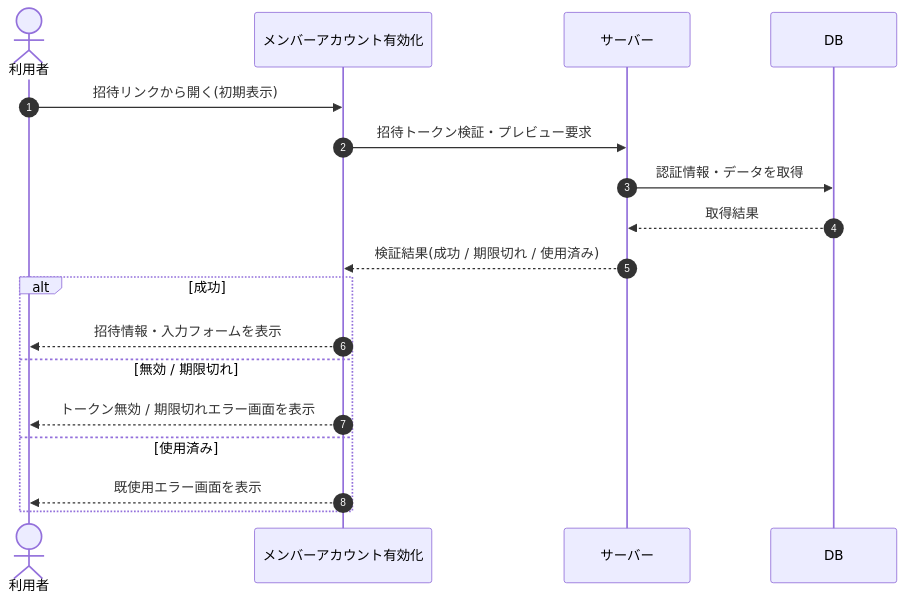
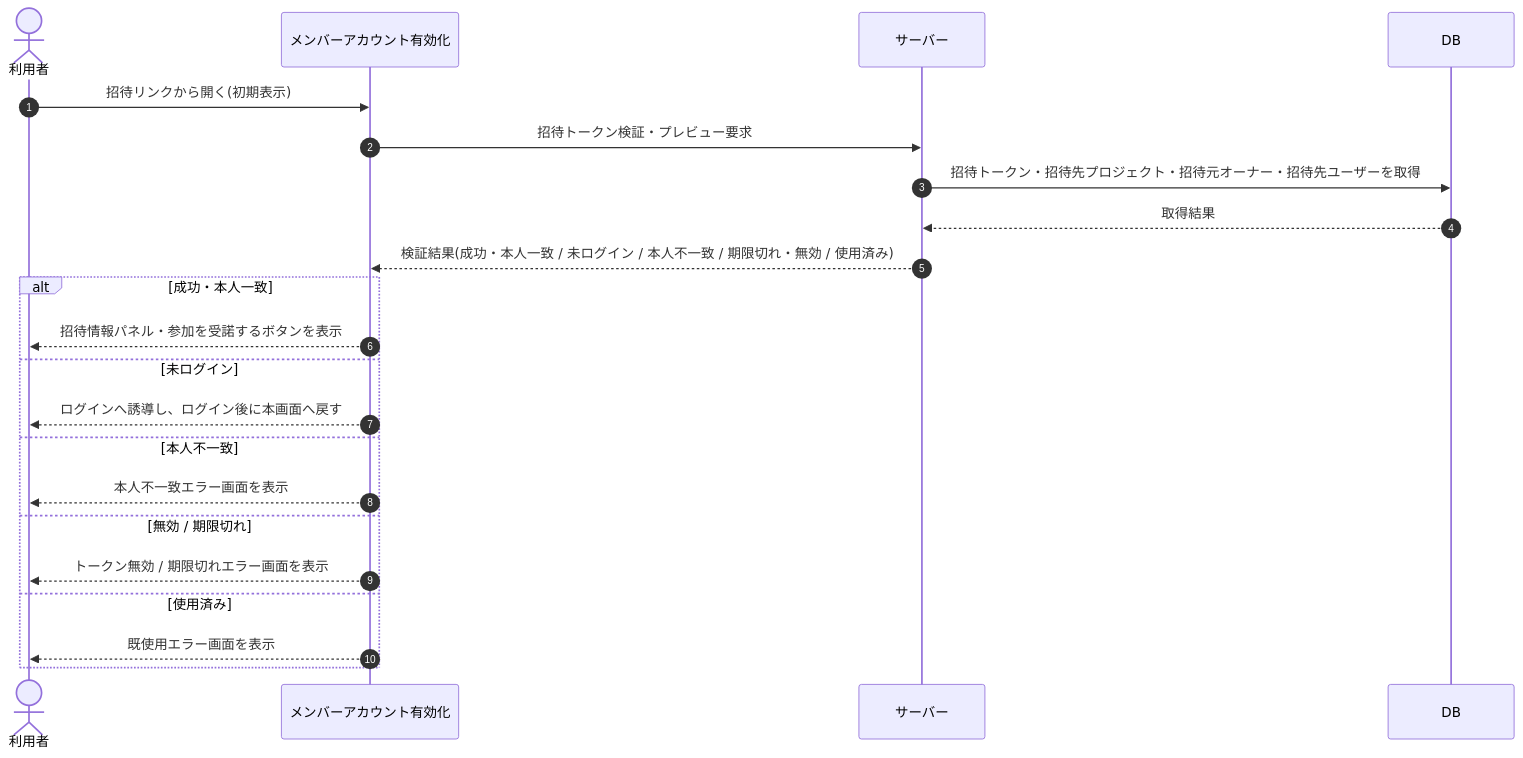
Before and after one commit to sikakou54/open-faq: the diagram in 02_basic_design/03_sequences/SEQ-072.md, drawn with Mermaid. The commit also changed other lines of this file and 21 other files, not shown here.

````diff
--- a/02_basic_design/03_sequences/SEQ-072.md
+++ b/02_basic_design/03_sequences/SEQ-072.md
@@ -15,20 +15,24 @@
 ```mermaid
 sequenceDiagram
   autonumber
   actor U as 利用者
   participant Screen as メンバーアカウント有効化
   participant Server as サーバー
   participant DB as DB
   U->>Screen: 招待リンクから開く(初期表示)
   Screen->>Server: 招待トークン検証・プレビュー要求
-  Server->>DB: 認証情報・データを取得
+  Server->>DB: 招待トークン・招待先プロジェクト・招待元オーナー・招待先ユーザーを取得
   DB-->>Server: 取得結果
-  Server-->>Screen: 検証結果(成功 / 期限切れ / 使用済み)
-  alt 成功
-    Screen-->>U: 招待情報・入力フォームを表示
+  Server-->>Screen: 検証結果(成功・本人一致 / 未ログイン / 本人不一致 / 期限切れ・無効 / 使用済み)
+  alt 成功・本人一致
+    Screen-->>U: 招待情報パネル・参加を受諾するボタンを表示
+  else 未ログイン
+    Screen-->>U: ログインへ誘導し、ログイン後に本画面へ戻す
+  else 本人不一致
+    Screen-->>U: 本人不一致エラー画面を表示
   else 無効 / 期限切れ
     Screen-->>U: トークン無効 / 期限切れエラー画面を表示
   else 使用済み
     Screen-->>U: 既使用エラー画面を表示
   end
 ```
````
